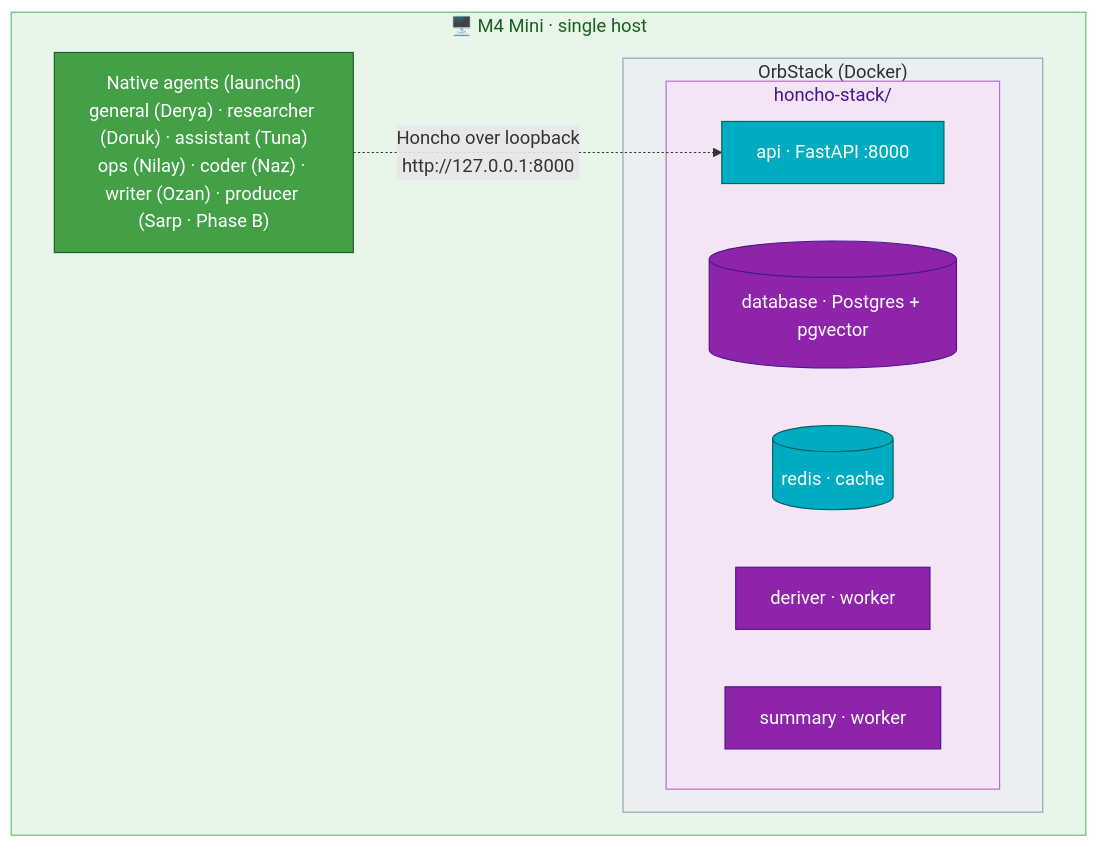
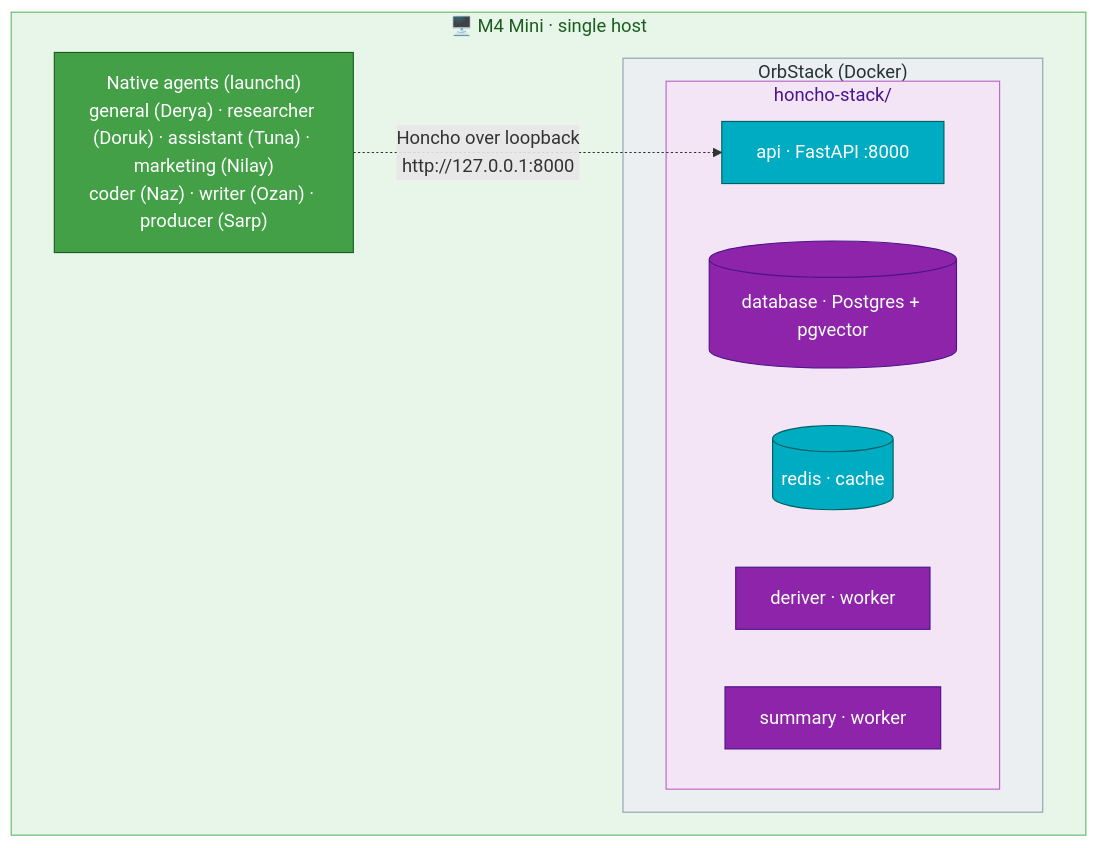
Before and after one commit to mpolatcan/hermes-setup: the second of 2 diagrams in docs/07-memory.md, drawn with Mermaid. The commit also changed other lines of this file and 12 other files, not shown here.

First line of the commit message:
refactor: repurpose 7th agent ops(Nilay/DevOps) -> marketing(Nilay)

````diff
--- a/docs/07-memory.md
+++ b/docs/07-memory.md
@@ -80,22 +80,22 @@
 ```mermaid
 flowchart TB
     subgraph mini["🖥️ M4 Mini · single host"]
-        ag["Native agents (launchd)<br/>general (Derya) · researcher (Doruk) · assistant (Tuna)<br/>ops (Nilay) · coder (Naz) · writer (Ozan) · producer (Sarp · Phase B)"]:::mini
+        ag["Native agents (launchd)<br/>general (Derya) · researcher (Doruk) · assistant (Tuna) · marketing (Nilay)<br/>coder (Naz) · writer (Ozan) · producer (Sarp)"]:::mini
         subgraph orb["OrbStack (Docker)"]
             subgraph hs["honcho-stack/"]
                 api["api · FastAPI :8000"]:::svc
                 db[("database · Postgres + pgvector")]:::infra
                 redis[("redis · cache")]:::svc
                 deriver["deriver · worker"]:::infra
                 summary["summary · worker"]:::infra
             end
         end
     end
     ag -. "Honcho over loopback<br/>http://127.0.0.1:8000" .-> api
     classDef mini fill:#43A047,stroke:#1B5E20,color:#fff
     classDef svc fill:#00ACC1,stroke:#006064,color:#fff
     classDef infra fill:#8E24AA,stroke:#4A148C,color:#fff
     style mini fill:#E8F5E9,stroke:#66BB6A,color:#1B5E20
     style orb fill:#ECEFF1,stroke:#90A4AE,color:#263238
     style hs fill:#F3E5F5,stroke:#BA68C8,color:#4A148C
 ```
````
